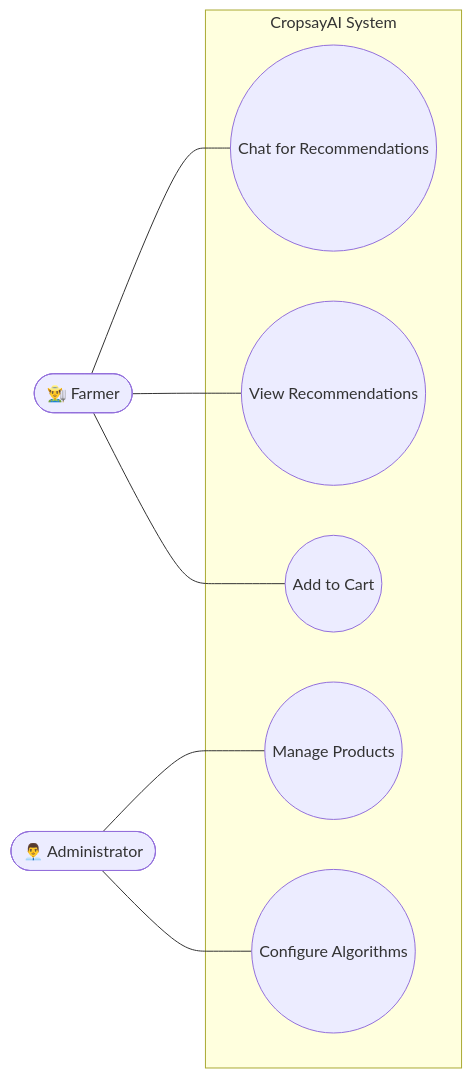
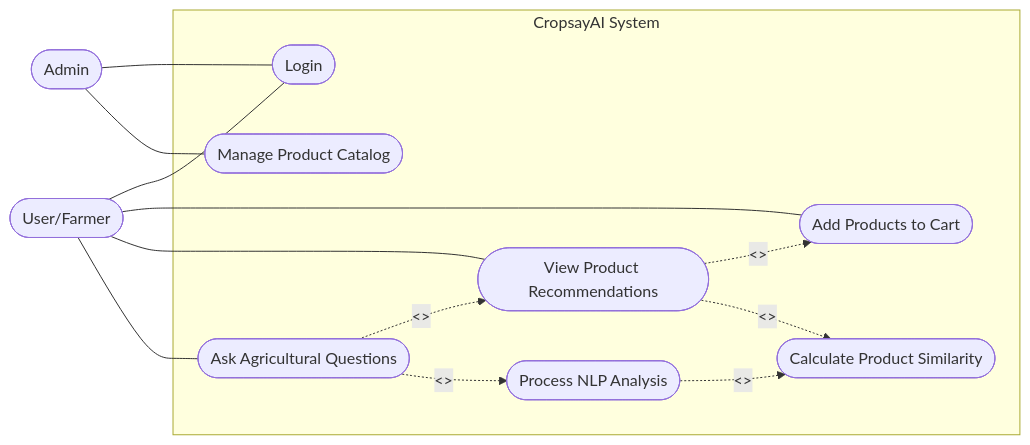
One commit to Gauravkrsah/Cropsay changed the second of 2 diagrams in documentation/digram.md. Above: the diagram before and after it, drawn with Mermaid. The commit also changed other lines of this file and 2 other files, not shown here.

Commit message:
Add comprehensive UML diagrams and documentation

````diff
--- a/documentation/digram.md
+++ b/documentation/digram.md
@@ -7,23 +44,35 @@
 ```mermaid
 graph LR
     %% Actors
-    Farmer([👨‍🌾 Farmer])
-    Admin([👨‍💼 Administrator])
+    User([User/Farmer])
+    Admin([Admin])
     
-    %% Use Cases in the middle
-    subgraph CropsayAI System
-        UC1((Chat for Recommendations))
-        UC2((View Recommendations))
-        UC3((Add to Cart))
-        UC4((Manage Products))
-        UC5((Configure Algorithms))
+    %% System boundary
+    subgraph CropsayAI["CropsayAI System"]
+        AskQuestions(["Ask Agricultural Questions"])
+        ViewRecommendations(["View Product Recommendations"])
+        AddToCart(["Add Products to Cart"])
+        ManageCatalog(["Manage Product Catalog"])
+        ProcessNLP(["Process NLP Analysis"])
+        CalculateSimilarity(["Calculate Product Similarity"])
+        Login(["Login"])
     end
     
-    %% Relationships with straight lines
-    Farmer --- UC1
-    Farmer --- UC2
-    Farmer --- UC3
+    %% Actor-Use Case Relationships
+    User --- AskQuestions
+    User --- ViewRecommendations
+    User --- AddToCart
+    User --- Login
     
-    Admin --- UC4
-    Admin --- UC5
+    Admin --- ManageCatalog
+    Admin --- Login
+    
+    %% Include Relationships
+    AskQuestions -.-> |<<include>>| ProcessNLP
+    ProcessNLP -.-> |<<include>>| CalculateSimilarity
+    ViewRecommendations -.-> |<<include>>| CalculateSimilarity
+    
+    %% Extend Relationships
+    AskQuestions -.-> |<<extend>>| ViewRecommendations
+    ViewRecommendations -.-> |<<extend>>| AddToCart
 ```
````
